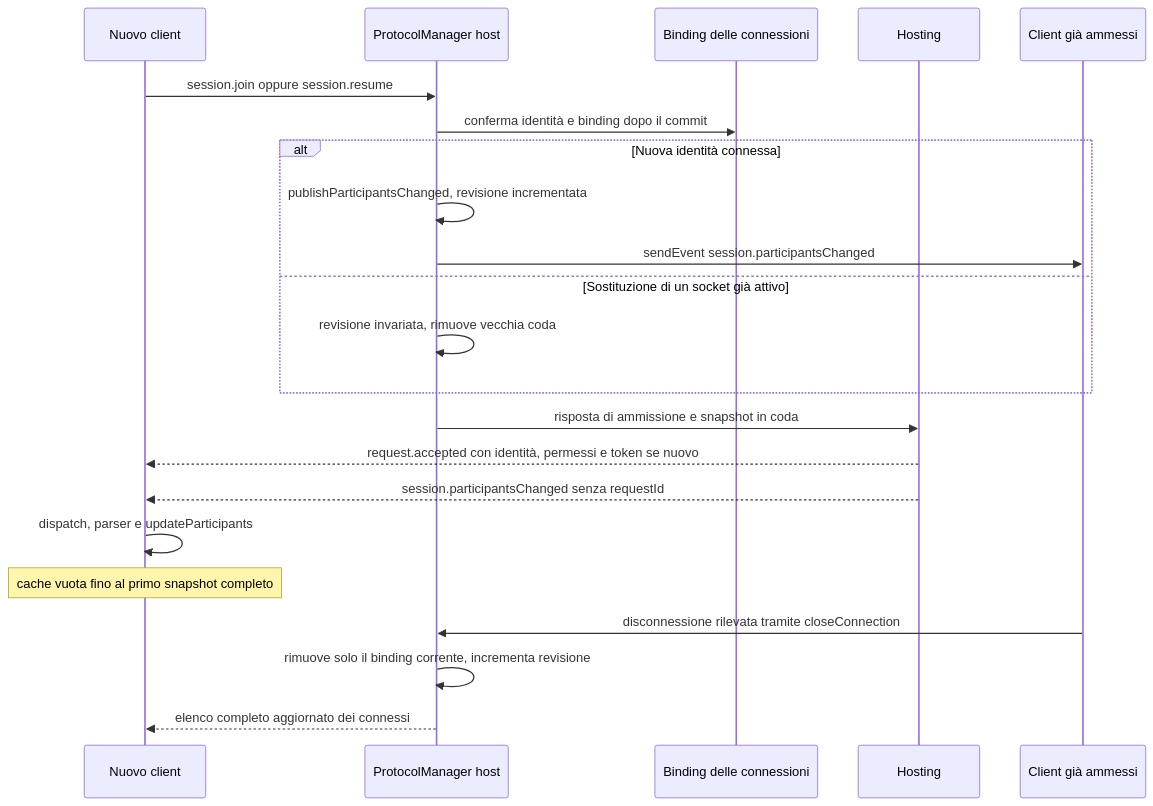
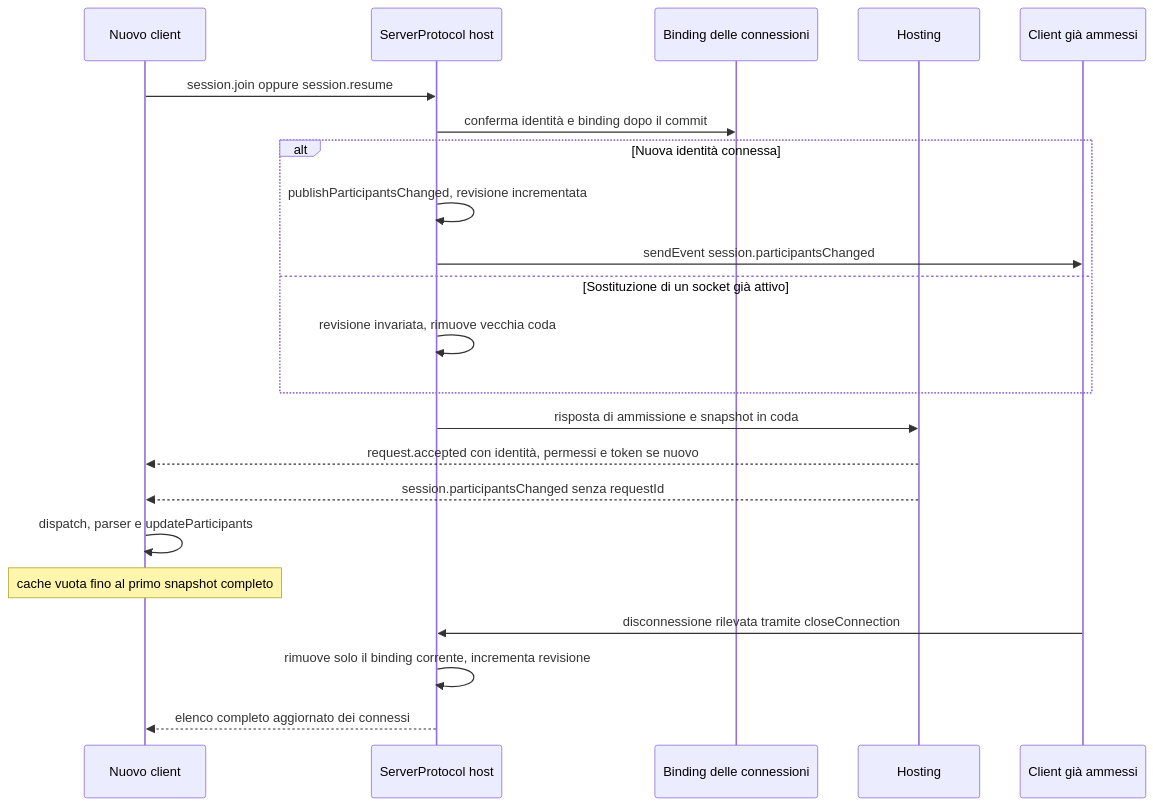
The ninth of 9 diagrams in .context/session-flows.md (ForzaElettromotrice/GolarionHelper), drawn with Mermaid before and after one commit. The commit also changed other lines of this file and 13 other files, not shown here.

````diff
--- a/.context/session-flows.md
+++ b/.context/session-flows.md
@@ -280,24 +280,24 @@
 ```mermaid
 sequenceDiagram
     participant C as Nuovo client
-    participant PM as ProtocolManager host
+    participant PM as ServerProtocol host
     participant P as Binding delle connessioni
     participant H as Hosting
     participant Other as Client già ammessi
     C->>PM: session.join oppure session.resume
     PM->>P: conferma identità e binding dopo il commit
     alt Nuova identità connessa
         PM->>PM: publishParticipantsChanged, revisione incrementata
         PM->>Other: sendEvent session.participantsChanged
     else Sostituzione di un socket già attivo
         PM->>PM: revisione invariata, rimuove vecchia coda
     end
     PM->>H: risposta di ammissione e snapshot in coda
     H-->>C: request.accepted con identità, permessi e token se nuovo
     H-->>C: session.participantsChanged senza requestId
     C->>C: dispatch, parser e updateParticipants
     Note over C: cache vuota fino al primo snapshot completo
     Other->>PM: disconnessione rilevata tramite closeConnection
     PM->>PM: rimuove solo il binding corrente, incrementa revisione
     PM-->>C: elenco completo aggiornato dei connessi
 ```
````
